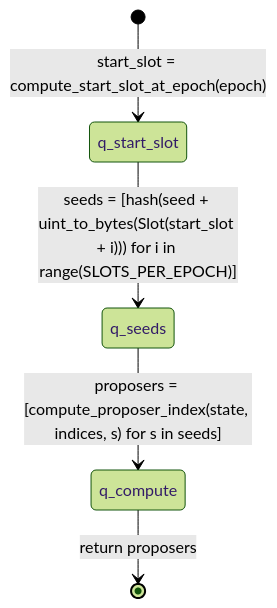
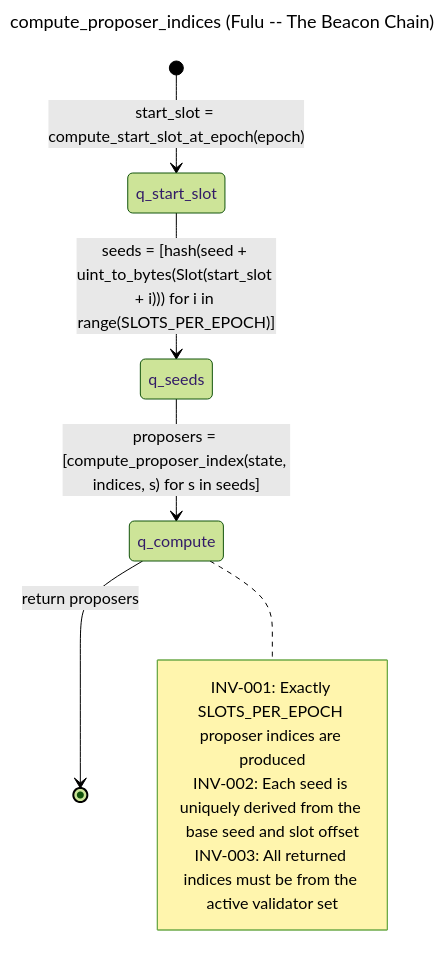
One commit to NyxFoundation/speca changed the diagram in outputs/graphs/W0B1_1770278556/fulu-beacon-chain/SG-004_compute_proposer_indices.mmd. Above: the diagram before and after it, drawn with Mermaid (forest theme). The commit also changed 144 other files, not shown here.

```diff
--- a/outputs/graphs/W0B1_1770278556/fulu-beacon-chain/SG-004_compute_proposer_indices.mmd
+++ b/outputs/graphs/W0B1_1770278556/fulu-beacon-chain/SG-004_compute_proposer_indices.mmd
@@ -1,6 +1,14 @@
+---
+title: "compute_proposer_indices (Fulu -- The Beacon Chain)"
+---
 stateDiagram-v2
     direction TB
     [*] --> q_start_slot: start_slot = compute_start_slot_at_epoch(epoch)
     q_start_slot --> q_seeds: seeds = [hash(seed + uint_to_bytes(Slot(start_slot + i))) for i in range(SLOTS_PER_EPOCH)]
     q_seeds --> q_compute: proposers = [compute_proposer_index(state, indices, s) for s in seeds]
     q_compute --> [*]: return proposers
+    note right of q_compute
+        INV-001: Exactly SLOTS_PER_EPOCH proposer indices are produced
+        INV-002: Each seed is uniquely derived from the base seed and slot offset
+        INV-003: All returned indices must be from the active validator set
+    end note
```
